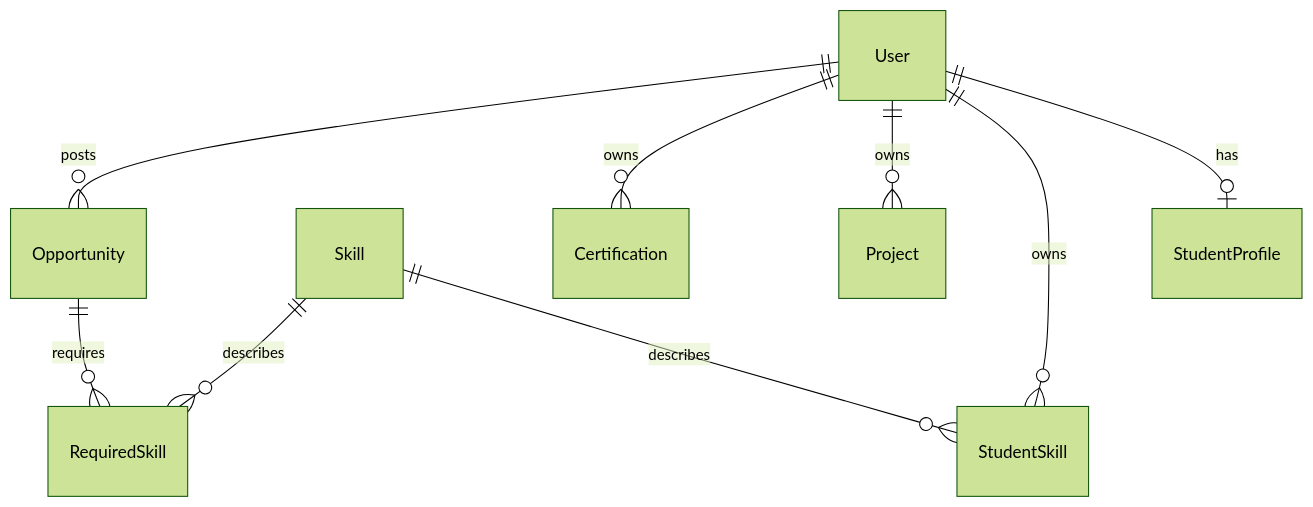
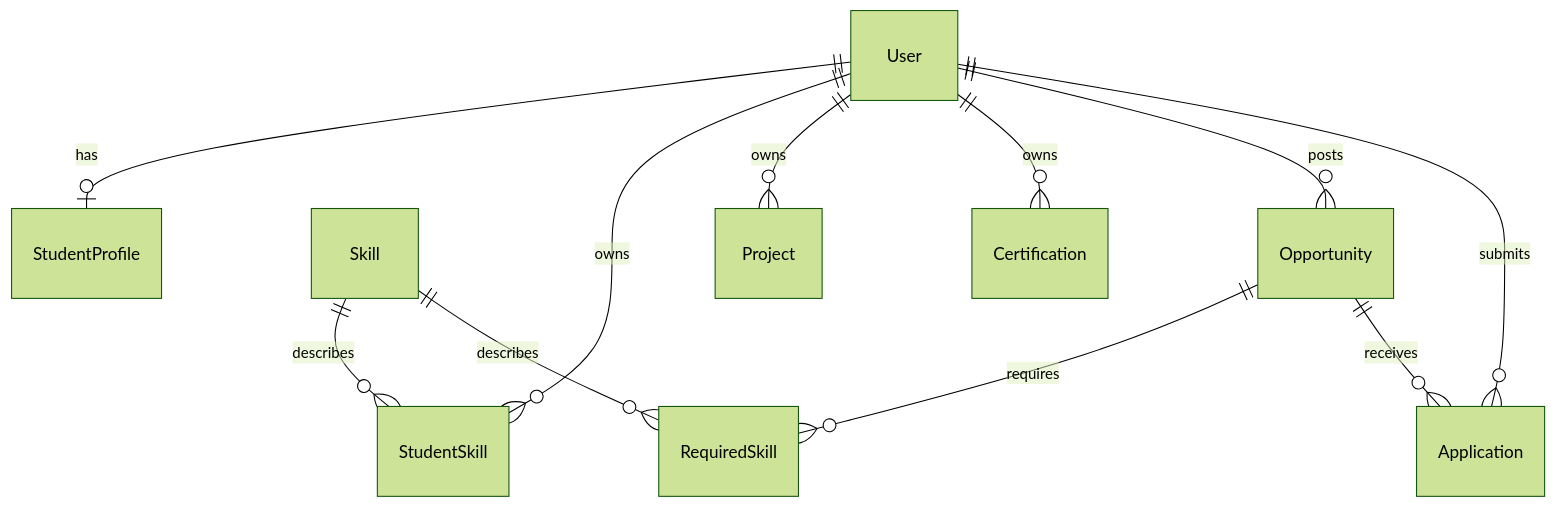
Before and after one commit to Vaibhav-code15/SkillBridge: the diagram in docs/ARCHITECTURE.md, drawn with Mermaid (forest theme). The commit also changed other lines of this file and 6 other files, not shown here.

````diff
--- a/docs/ARCHITECTURE.md
+++ b/docs/ARCHITECTURE.md
@@ -5,11 +5,13 @@
 ```mermaid
 erDiagram
   User ||--o| StudentProfile : has
   User ||--o{ StudentSkill : owns
   Skill ||--o{ StudentSkill : describes
   User ||--o{ Project : owns
   User ||--o{ Certification : owns
   User ||--o{ Opportunity : posts
   Opportunity ||--o{ RequiredSkill : requires
   Skill ||--o{ RequiredSkill : describes
+  User ||--o{ Application : submits
+  Opportunity ||--o{ Application : receives
 ```
````
